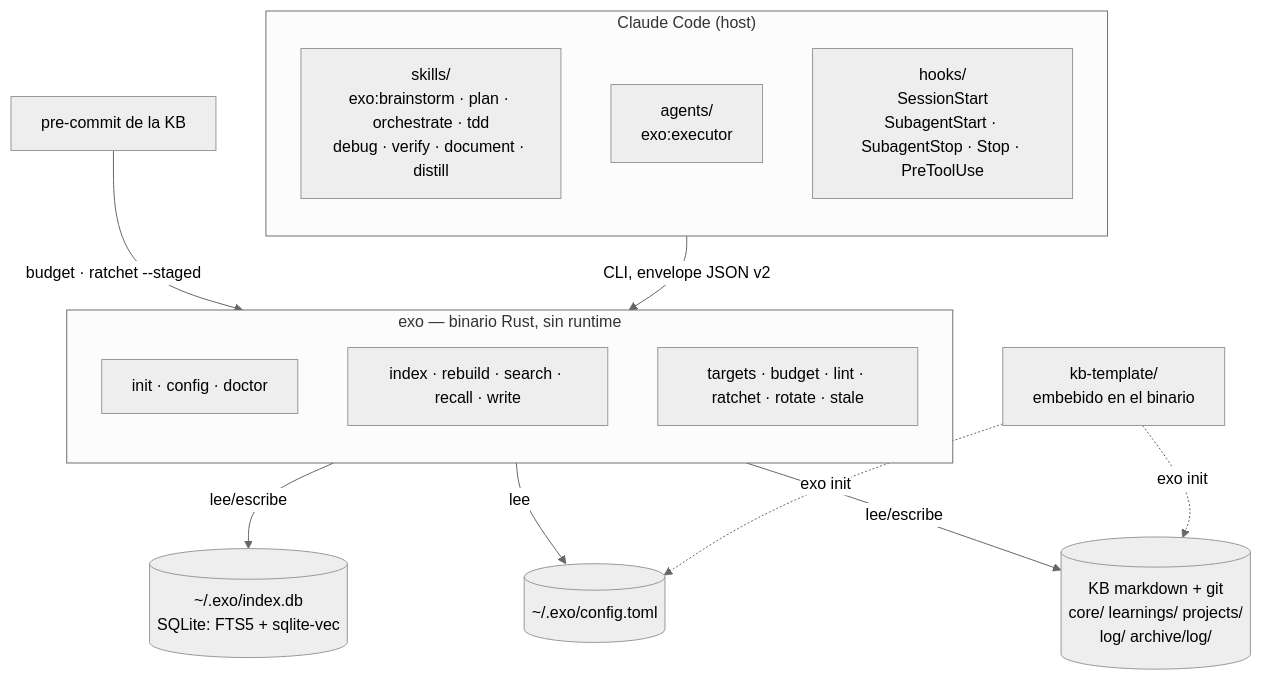
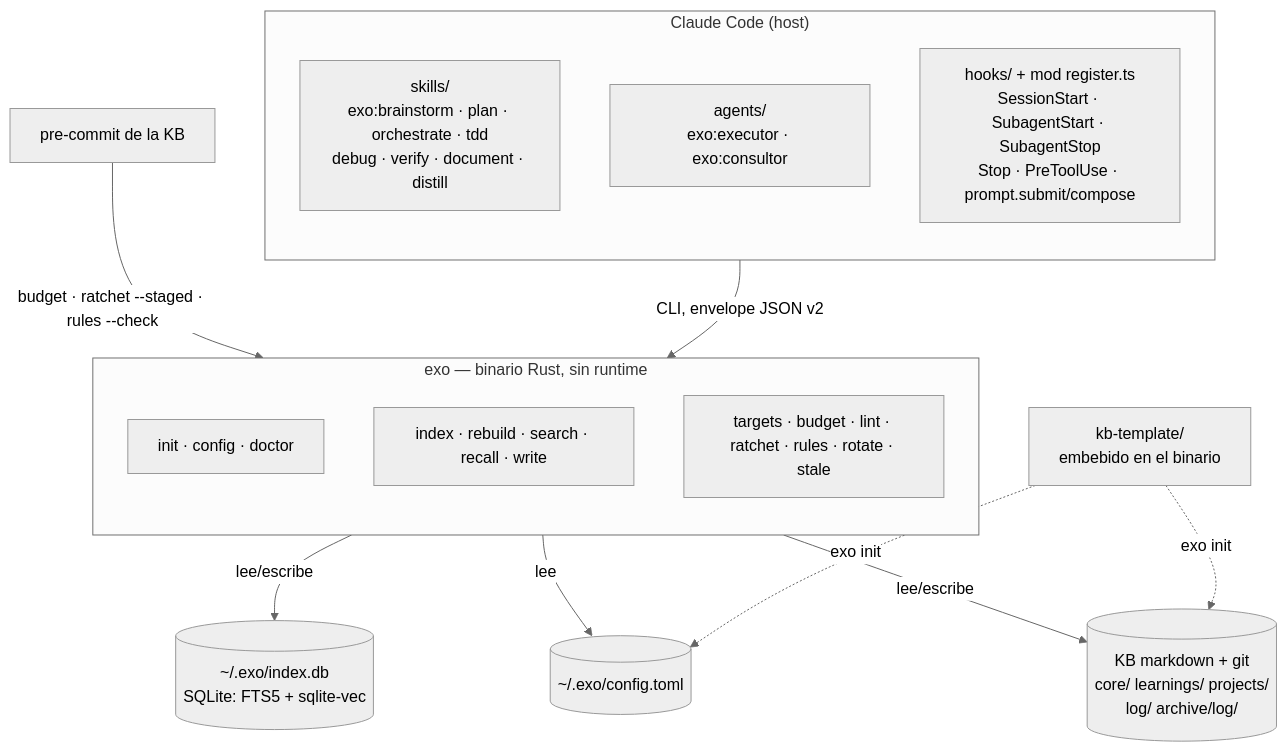
Before and after one commit to pguerrerolinares/exo: the diagram in README.md, drawn with Mermaid (neutral theme). The commit also changed other lines of this file and 4 other files, not shown here.

````diff
--- a/README.md
+++ b/README.md
@@ -70,30 +77,30 @@
 ```mermaid
 flowchart TB
     subgraph host["Claude Code (host)"]
         direction TB
         skills["skills/<br/>exo:brainstorm · plan · orchestrate · tdd<br/>debug · verify · document · distill"]
-        agent["agents/<br/>exo:executor"]
-        hooks["hooks/<br/>SessionStart<br/>SubagentStart · SubagentStop · Stop · PreToolUse"]
+        agent["agents/<br/>exo:executor · exo:consultor"]
+        hooks["hooks/ + mod register.ts<br/>SessionStart · SubagentStart · SubagentStop<br/>Stop · PreToolUse · prompt.submit/compose"]
     end
 
     subgraph bin["exo — binario Rust, sin runtime"]
         direction TB
         c1["init · config · doctor"]
         c2["index · rebuild · search · recall · write"]
-        c3["targets · budget · lint · ratchet · rotate · stale"]
+        c3["targets · budget · lint · ratchet · rules · rotate · stale"]
     end
 
     cfg[("~/.exo/config.toml")]
     db[("~/.exo/index.db<br/>SQLite: FTS5 + sqlite-vec")]
     kb[("KB markdown + git<br/>core/ learnings/ projects/<br/>log/ archive/log/")]
     tpl["kb-template/<br/>embebido en el binario"]
     pc["pre-commit de la KB"]
 
     host -->|"CLI, envelope JSON v2"| bin
-    pc -->|"budget · ratchet --staged"| bin
+    pc -->|"budget · ratchet --staged · rules --check"| bin
     bin -->|lee| cfg
     bin -->|lee/escribe| db
     bin -->|lee/escribe| kb
     tpl -.->|"exo init"| kb
     tpl -.->|"exo init"| cfg
 ```
````
